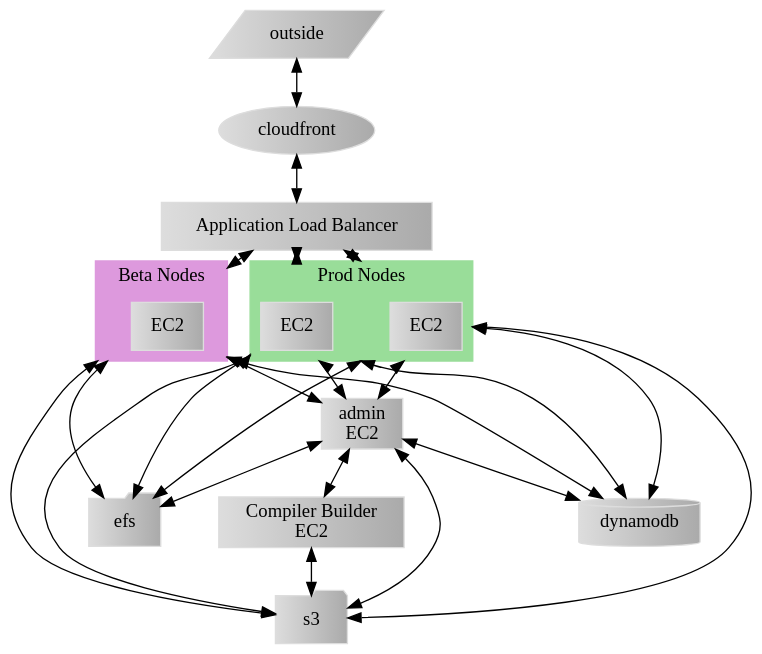
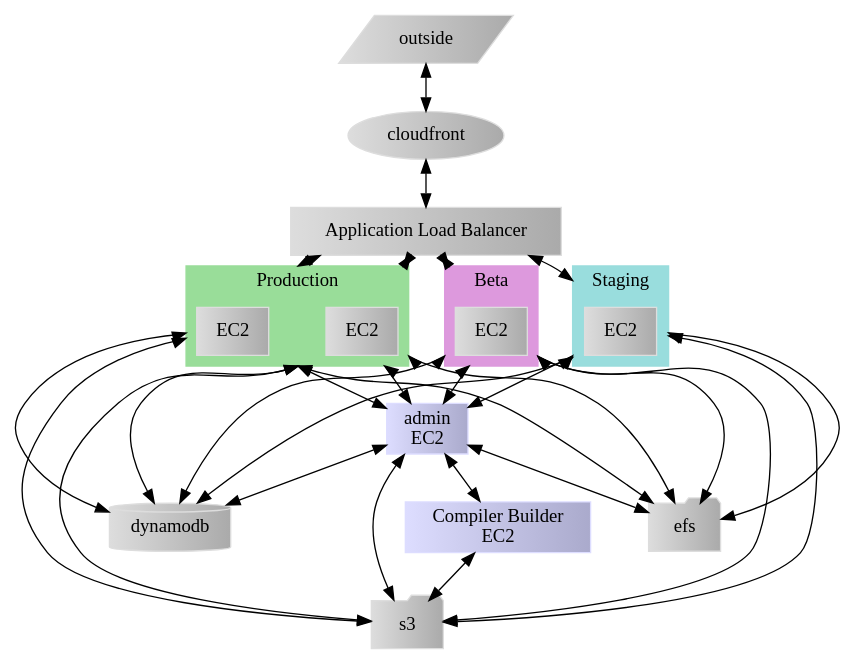
Before and after one commit to mattgodbolt/ce-behind-the-scenes: the diagram in ce.dot, drawn with Graphviz. The commit also changed 7 other files, not shown here.

```diff
--- a/ce.dot
+++ b/ce.dot
@@ -1,55 +1,66 @@
 digraph compiler_explorer {
-    bgcolor=transparent;
+    bgcolor=white;
     compound=true;
     nodesep=0.6;
     node [ color="#dddddd:#aaaaaa"; style=filled];
     edge [ dir=both ];
     outside [shape = parallelogram, rank="source"];
 
     cloudfront [shape = oval];
 
     alb [shape = box, label="Application Load Balancer"];
 
     subgraph cluster_ce_nodes {
-        label = "Prod Nodes";
+        label = "Production";
         style = filled;
         color="#99dd99";
 
         ce_node_1 [shape = box, label="EC2"];
         ce_node_2 [shape = box, label="EC2"];
     }
     subgraph cluster_beta_nodes {
-        label="Beta Nodes";
+        label="Beta";
         style = filled;
         color="#dd99dd";
         beta_node_1 [shape = box, label="EC2"];
     }
+    subgraph cluster_staging_nodes {
+        label="Staging";
+        style = filled;
+        color="#99dddd";
+        staging_node_1 [shape = box, label="EC2"];
+    }
 
-    admin [shape = box, rank="sink", label="admin\nEC2"];
+    admin [shape = box, rank="sink", label="admin\nEC2", color="#ddddff:#aaaacc"];
 
     efs [shape = folder];
     s3 [shape = folder];
     dynamodb [shape = cylinder];
 
     outside -> cloudfront;
     cloudfront -> alb;
 
     alb -> ce_node_1 [lhead=cluster_ce_nodes];
     alb -> ce_node_2 [lhead=cluster_ce_nodes];
     alb -> beta_node_1 [lhead=cluster_beta_nodes];
+    alb -> staging_node_1 [lhead=cluster_staging_nodes];
 
-    build [ shape=box, label="Compiler Builder\nEC2"];
+    build [ shape=box, label="Compiler Builder\nEC2", color="#ddddff:#aaaacc"];
 
     admin->build;
     build->s3;
 
     admin -> {efs, s3, dynamodb };
     { ce_node_1, ce_node_2} -> admin [ltail=cluster_ce_nodes];
     { ce_node_1, ce_node_2} -> efs [ltail=cluster_ce_nodes];
     { ce_node_1, ce_node_2} -> s3 [ltail=cluster_ce_nodes];
     { ce_node_1, ce_node_2} -> dynamodb [ltail=cluster_ce_nodes];
     { beta_node_1 } -> admin [ltail=cluster_beta_nodes];
     { beta_node_1 } -> efs [ltail=cluster_beta_nodes];
     { beta_node_1 } -> s3 [ltail=cluster_beta_nodes];
     { beta_node_1 } -> dynamodb [ltail=cluster_beta_nodes];
+    { staging_node_1 } -> admin [ltail=cluster_staging_nodes];
+    { staging_node_1 } -> efs [ltail=cluster_staging_nodes];
+    { staging_node_1 } -> s3 [ltail=cluster_staging_nodes];
+    { staging_node_1 } -> dynamodb [ltail=cluster_staging_nodes];
 }
```
